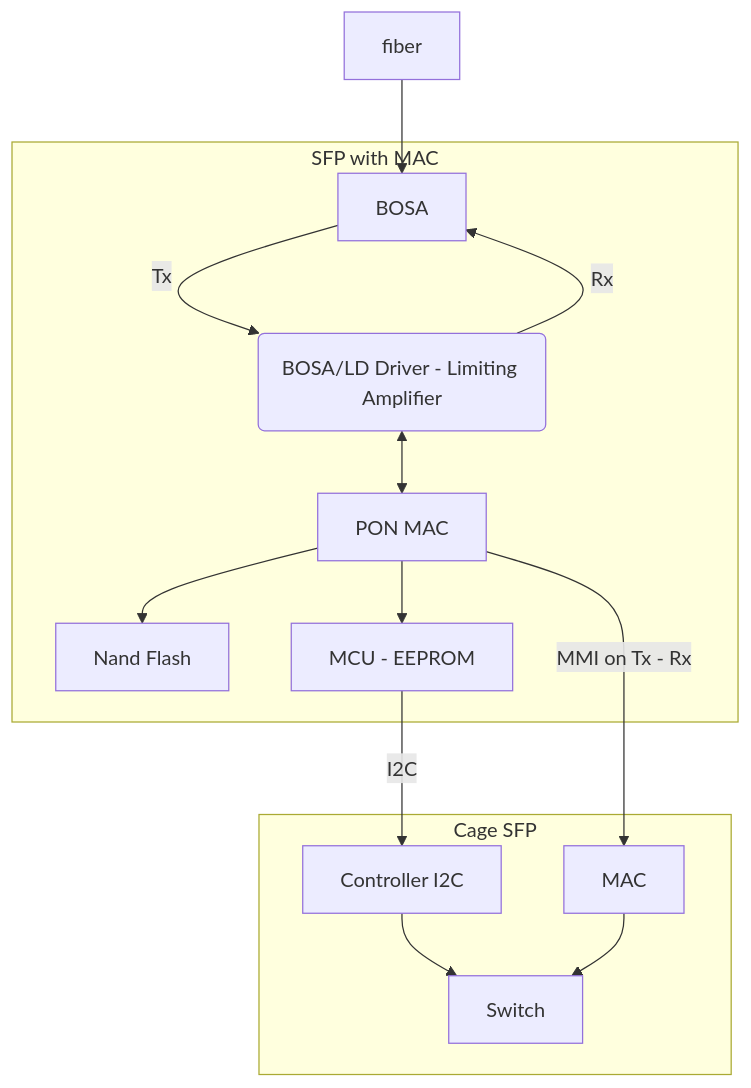
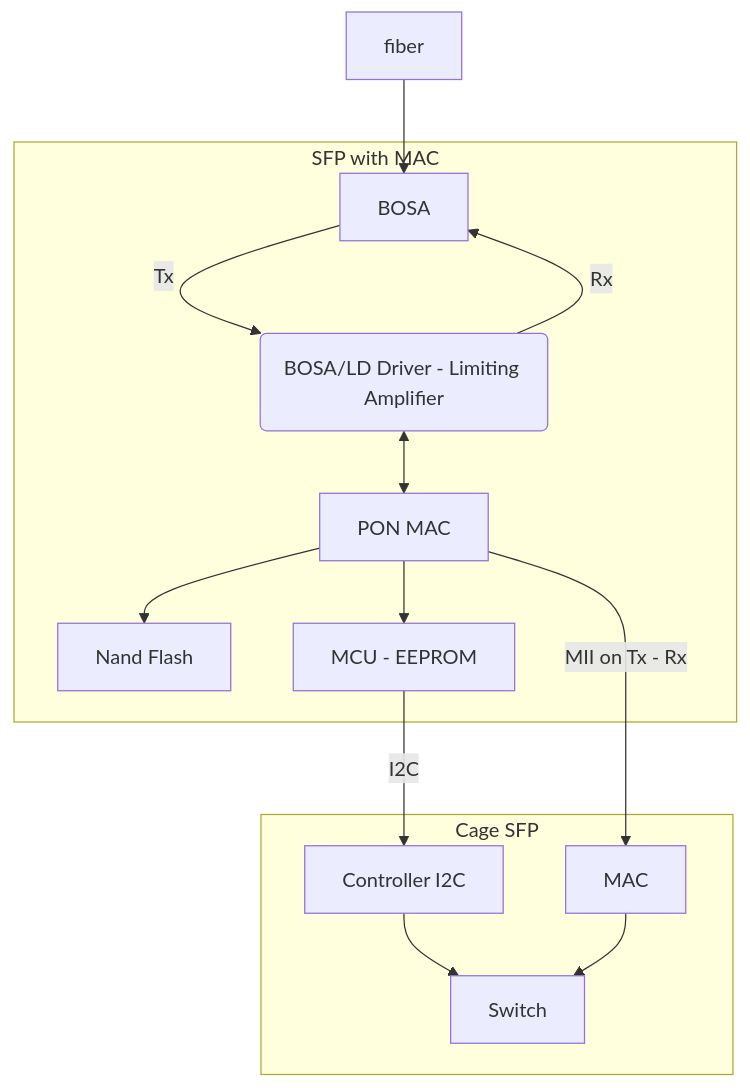
One commit to hack-gpon/hack-gpon.github.io changed the first of 2 diagrams in _sfp/ont-wo-mac.md. Above: the diagram before and after it, drawn with Mermaid. The commit also changed other lines of this file and 63 other files, not shown here.

````diff
--- a/_sfp/ont-wo-mac.md
+++ b/_sfp/ont-wo-mac.md
@@ -29,19 +29,19 @@
 ```mermaid
 graph TD
     F[fiber] --> A;
 
     subgraph SFP[SFP with MAC]
         B -->|Rx| A
         A[BOSA] -->|Tx| B(BOSA/LD Driver - Limiting Amplifier)
         
         B <--> C[PON MAC]
         C --> N[Nand Flash]
         C --> E[MCU - EEPROM]
     end;
     subgraph CS[Cage SFP]
     E --> |I2C| Controller;
-    C --> |MMI on Tx - Rx| MAC;
+    C --> |MII on Tx - Rx| MAC;
     Controller[Controller I2C] --> Switch;
     MAC --> Switch;
     end;
 ```
````
